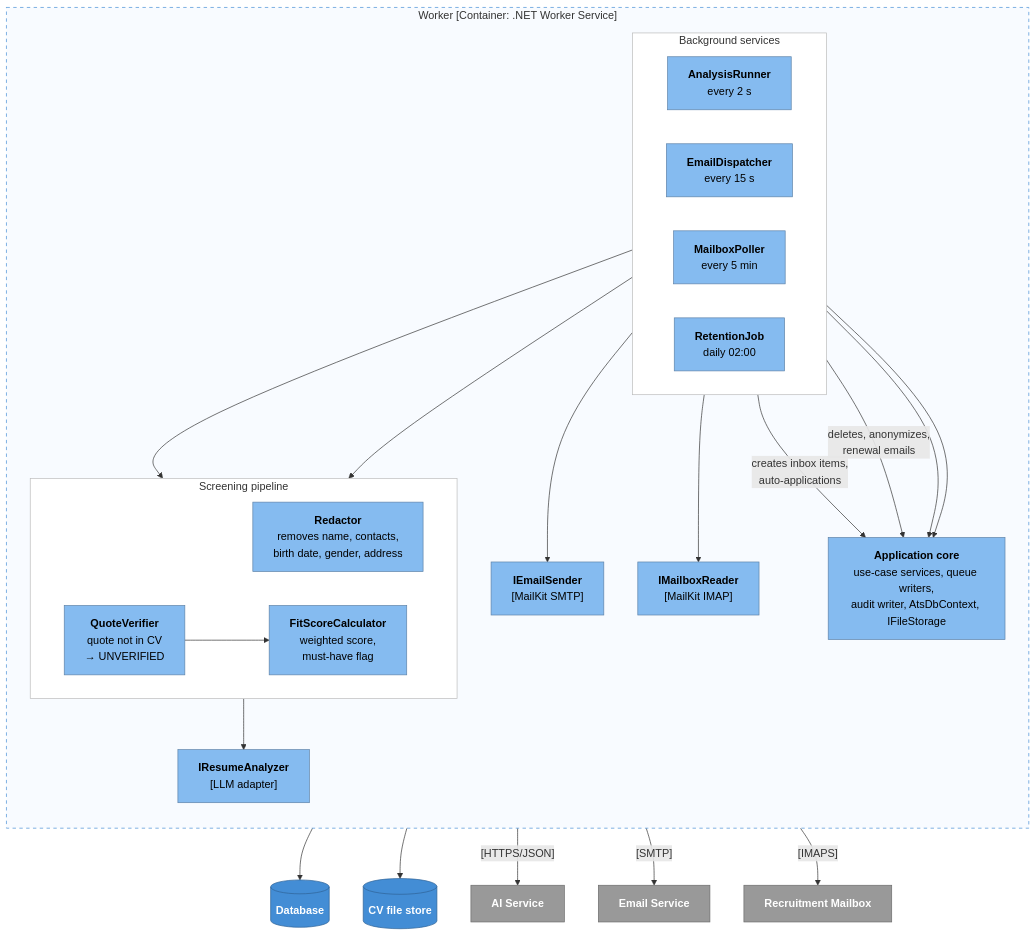
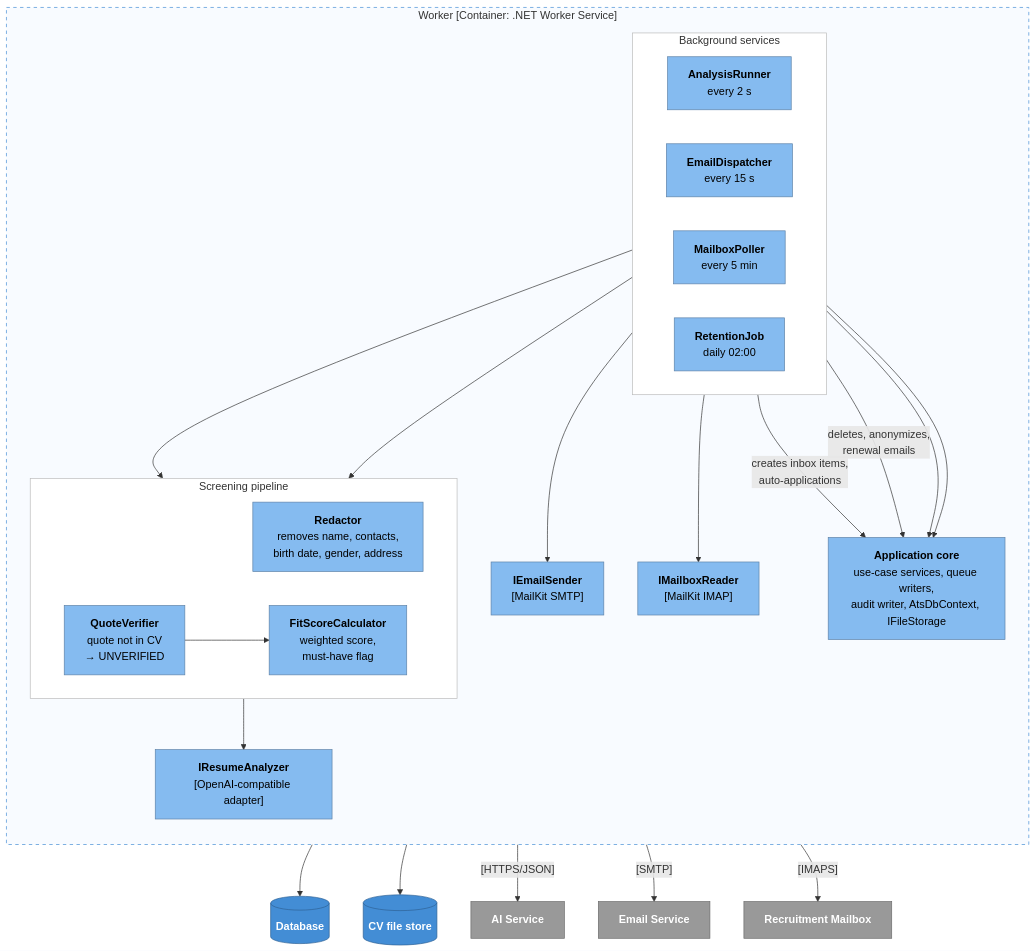
Before and after one commit to duongk18FPTU/recruitment-ats: the fourth of 5 diagrams in docs/06-c4-architecture.md, drawn with Mermaid. The commit also changed other lines of this file and 3 other files, not shown here.

First line of the commit message:
Choose DeepSeek for development via one OpenAI-compatible AI adapter

````diff
--- a/docs/06-c4-architecture.md
+++ b/docs/06-c4-architecture.md
@@ -234,53 +234,53 @@
 ```mermaid
 flowchart TB
     subgraph worker["Worker [Container: .NET Worker Service]"]
         direction TB
         subgraph jobs["Background services"]
             direction LR
             aiRunner["<b>AnalysisRunner</b><br/>every 2 s"]
             mailer["<b>EmailDispatcher</b><br/>every 15 s"]
             poller["<b>MailboxPoller</b><br/>every 5 min"]
             retention["<b>RetentionJob</b><br/>daily 02:00"]
         end
         subgraph pipeline["Screening pipeline"]
             direction LR
             redact["<b>Redactor</b><br/>removes name, contacts,<br/>birth date, gender, address"]
             verify["<b>QuoteVerifier</b><br/>quote not in CV<br/>→ UNVERIFIED"]
             score["<b>FitScoreCalculator</b><br/>weighted score,<br/>must-have flag"]
         end
         core["<b>Application core</b><br/>use-case services, queue writers,<br/>audit writer, AtsDbContext, IFileStorage"]
-        analyzer["<b>IResumeAnalyzer</b><br/>[LLM adapter]"]
+        analyzer["<b>IResumeAnalyzer</b><br/>[OpenAI-compatible adapter]"]
         sender["<b>IEmailSender</b><br/>[MailKit SMTP]"]
         reader["<b>IMailboxReader</b><br/>[MailKit IMAP]"]
     end
 
     db[("<b>Database</b>")]
     files[("<b>CV file store</b>")]
     ai["<b>AI Service</b>"]
     smtp["<b>Email Service</b>"]
     imap["<b>Recruitment Mailbox</b>"]
 
     aiRunner --> redact --> analyzer
     aiRunner --> verify --> score
     mailer --> sender
     poller --> reader
     poller -->|"creates inbox items,<br/>auto-applications"| core
     retention -->|"deletes, anonymizes,<br/>renewal emails"| core
     aiRunner --> core
     mailer --> core
     core --> db
     core --> files
     analyzer -->|"[HTTPS/JSON]"| ai
     sender -->|"[SMTP]"| smtp
     reader -->|"[IMAPS]"| imap
 
     classDef container fill:#438dd5,color:#fff,stroke:#2e6295
     classDef component fill:#85bbf0,color:#000,stroke:#5d82a8
     classDef external fill:#999,color:#fff,stroke:#6b6b6b
     class db,files container
     class aiRunner,mailer,poller,retention,redact,verify,score,core,analyzer,sender,reader component
     class ai,smtp,imap external
     style worker fill:#f8fbff,stroke:#438dd5,stroke-dasharray:5 5
     style jobs fill:#fff,stroke:#bbb
     style pipeline fill:#fff,stroke:#bbb
 ```
````
